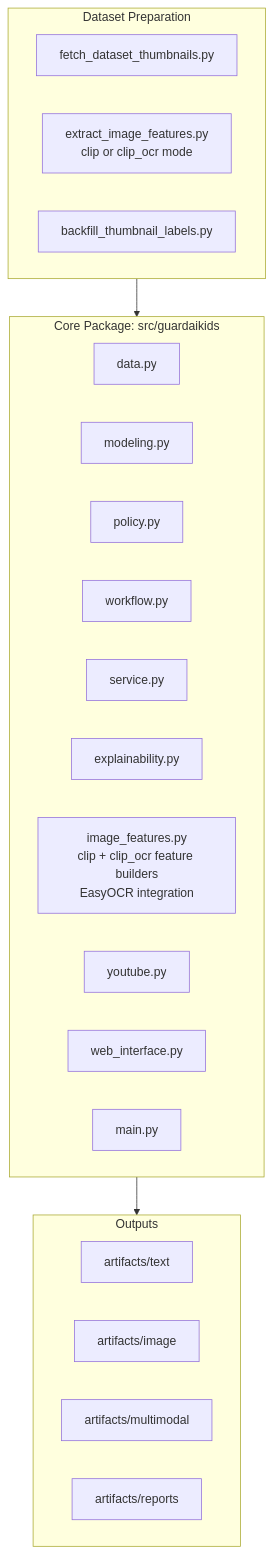
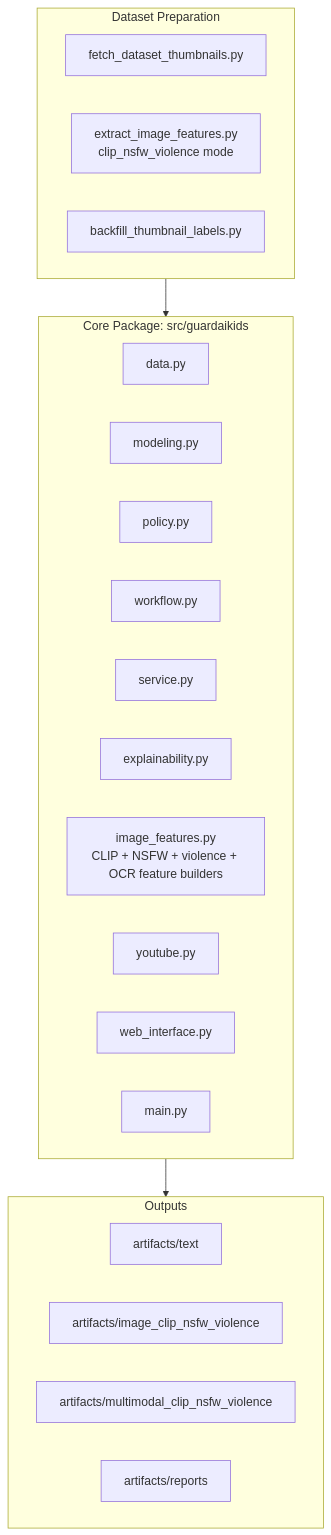
One commit to ffigai/GuardAI-Kids changed the third of 3 diagrams in SYSTEM_DIAGRAM.md. Above: the diagram before and after it, drawn with Mermaid. The commit also changed other lines of this file and 22 other files, not shown here.

````diff
--- a/SYSTEM_DIAGRAM.md
+++ b/SYSTEM_DIAGRAM.md
@@ -166,31 +168,31 @@
 ```mermaid
 flowchart TB
     subgraph DataPrep[Dataset Preparation]
         A1[fetch_dataset_thumbnails.py]
-        A2[extract_image_features.py<br/>clip or clip_ocr mode]
+        A2[extract_image_features.py<br/>clip_nsfw_violence mode]
         A3[backfill_thumbnail_labels.py]
     end
 
     subgraph Core[Core Package: src/guardaikids]
         B1[data.py]
         B2[modeling.py]
         B3[policy.py]
         B4[workflow.py]
         B5[service.py]
         B6[explainability.py]
-        B7[image_features.py<br/>clip + clip_ocr feature builders<br/>EasyOCR integration]
+        B7[image_features.py<br/>CLIP + NSFW + violence + OCR feature builders]
         B8[youtube.py]
         B9[web_interface.py]
         B10[main.py]
     end
 
     subgraph Outputs[Outputs]
         C1[artifacts/text]
-        C2[artifacts/image]
-        C3[artifacts/multimodal]
+        C2[artifacts/image_clip_nsfw_violence]
+        C3[artifacts/multimodal_clip_nsfw_violence]
         C4[artifacts/reports]
     end
 
     DataPrep --> Core
     Core --> Outputs
 ```
````
